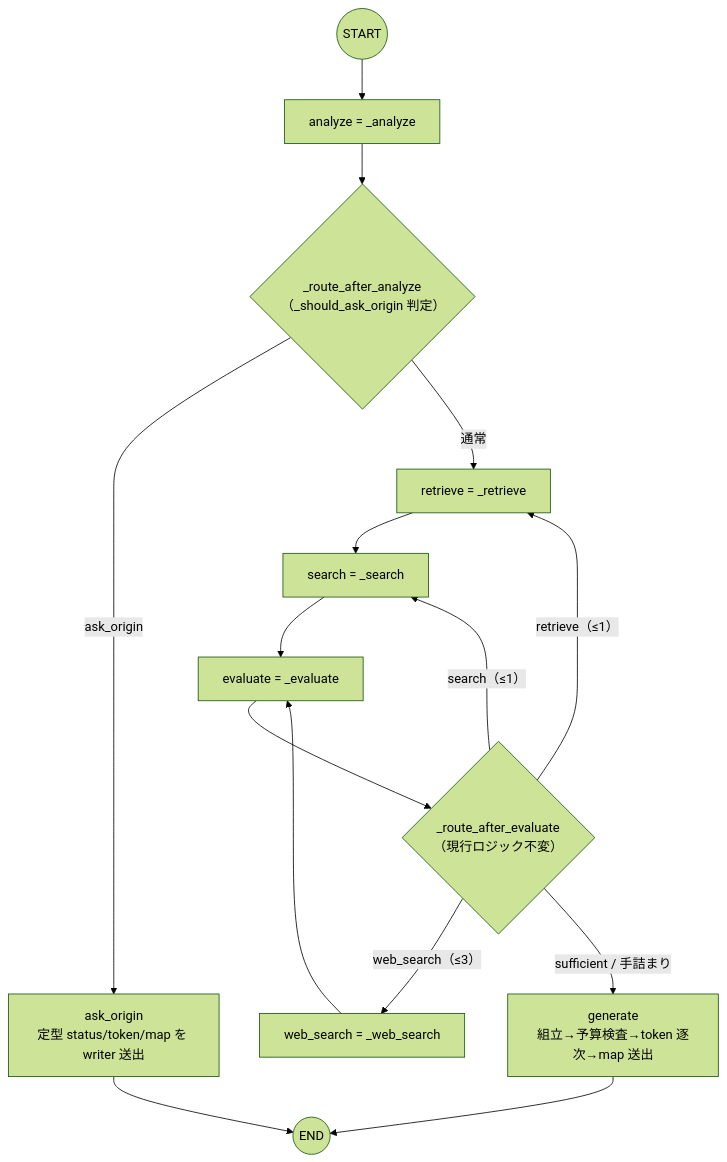
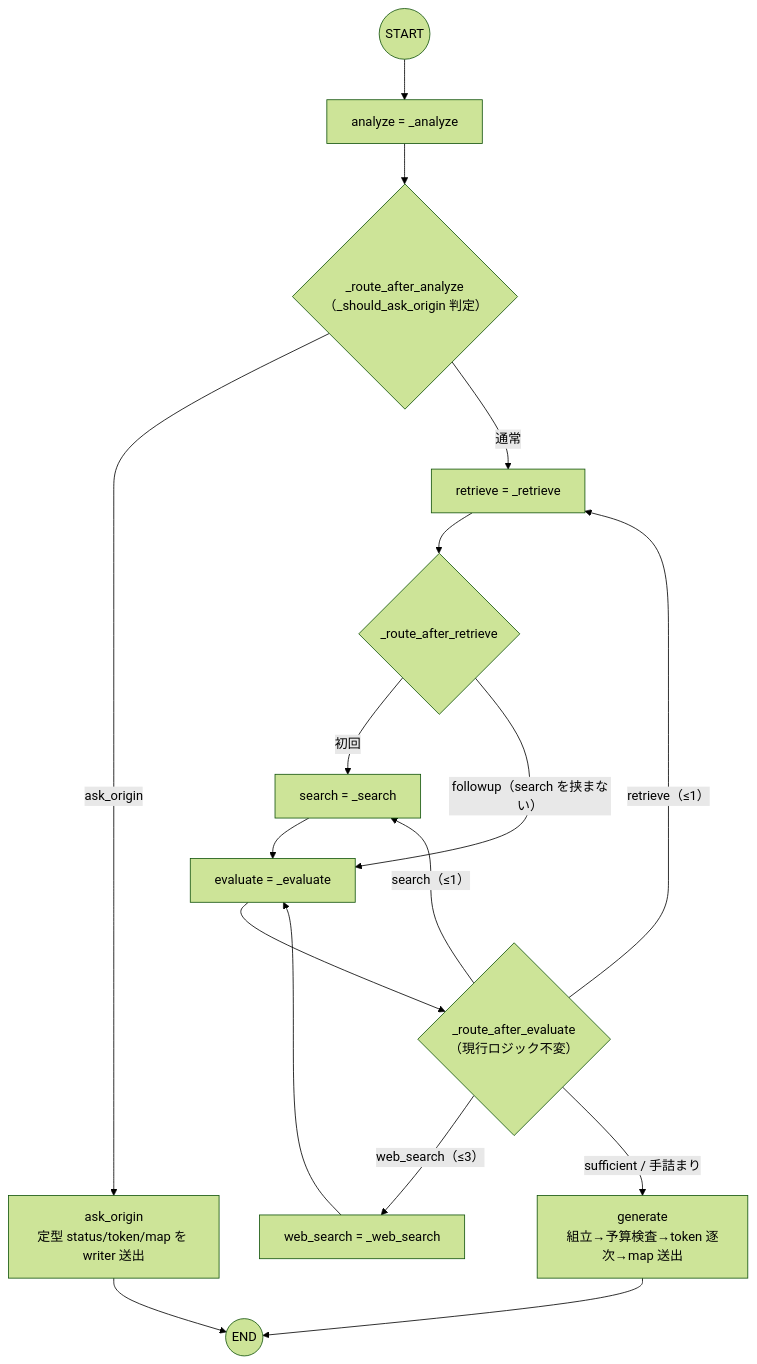
Before and after one commit to TakaJun02/sarutahiko: the diagram in docs/LANGGRAPH_MIGRATION.md, drawn with Mermaid (forest theme). The commit also changed other lines of this file and 7 other files, not shown here.

````diff
--- a/docs/LANGGRAPH_MIGRATION.md
+++ b/docs/LANGGRAPH_MIGRATION.md
@@ -30,17 +33,19 @@
 ```mermaid
 flowchart TD
     ST(("START")) --> AN["analyze = _analyze"]
     AN --> RA{"_route_after_analyze<br/>（_should_ask_origin 判定）"}
     RA -->|"ask_origin"| AO["ask_origin<br/>定型 status/token/map を writer 送出"]
     AO --> EN(("END"))
     RA -->|"通常"| RT["retrieve = _retrieve"]
-    RT --> SE["search = _search"]
+    RT --> RR{"_route_after_retrieve"}
+    RR -->|"初回"| SE["search = _search"]
+    RR -->|"followup（search を挟まない）"| EV
     SE --> EV["evaluate = _evaluate"]
     EV --> RE{"_route_after_evaluate<br/>（現行ロジック不変）"}
     RE -->|"search（≤1）"| SE
     RE -->|"retrieve（≤1）"| RT
     RE -->|"web_search（≤3）"| WS["web_search = _web_search"]
     WS --> EV
     RE -->|"sufficient / 手詰まり"| GE["generate<br/>組立→予算検査→token 逐次→map 送出"]
     GE --> EN
 ```
````
